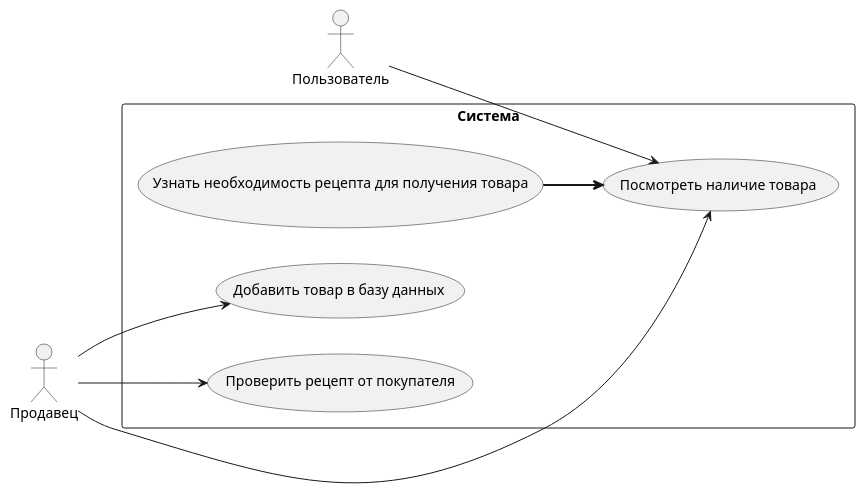
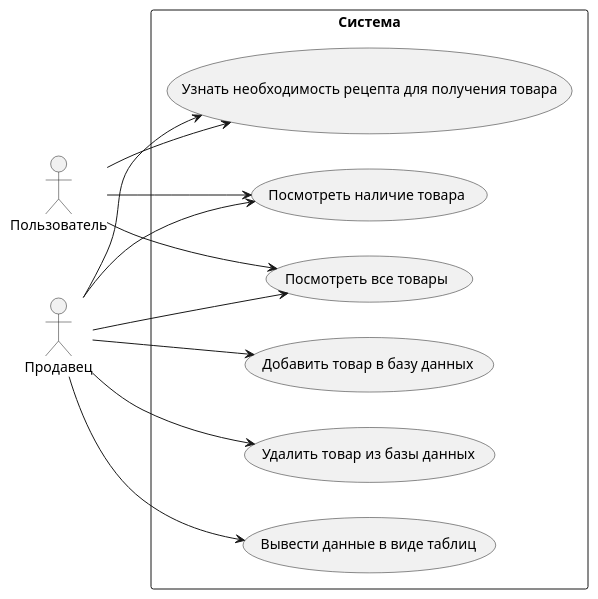
Before and after one commit to izo171tehnologiya-bit/data_base1: the diagram in data_base/docs/usecase_data_base.puml, drawn with PlantUML. The commit also changed 12 other files, not shown here.

Commit message:
Добавление блок схем, описания кода

```diff
--- a/data_base/docs/usecase_data_base.puml
+++ b/data_base/docs/usecase_data_base.puml
@@ -1,18 +1,24 @@
 @startuml
 left to right direction
 skinparam packageStyle rectangle
 actor "Пользователь" as User
 actor "Продавец" as seller
 package "Система" {
+    usecase "Посмотреть все товары" as check_items
     usecase "Узнать необходимость рецепта для получения товара" as need_note
     usecase "Посмотреть наличие товара" as look_enable
     usecase "Добавить товар в базу данных" as add_thing
-    usecase "Проверить рецепт от покупателя" as check_note
+    usecase "Удалить товар из базы данных" as del_item
+    usecase "Вывести данные в виде таблиц" as get_stats
 }
 User --> (look_enable)
+User --> (need_note)
+User --> (check_items)
 
 seller --> (look_enable)
 seller --> (add_thing)
-seller --> (check_note)
-(need_note) ==> (look_enable)
+seller --> (del_item)
+seller --> (need_note)
+seller --> (get_stats)
+seller --> (check_items)
 @enduml
```
